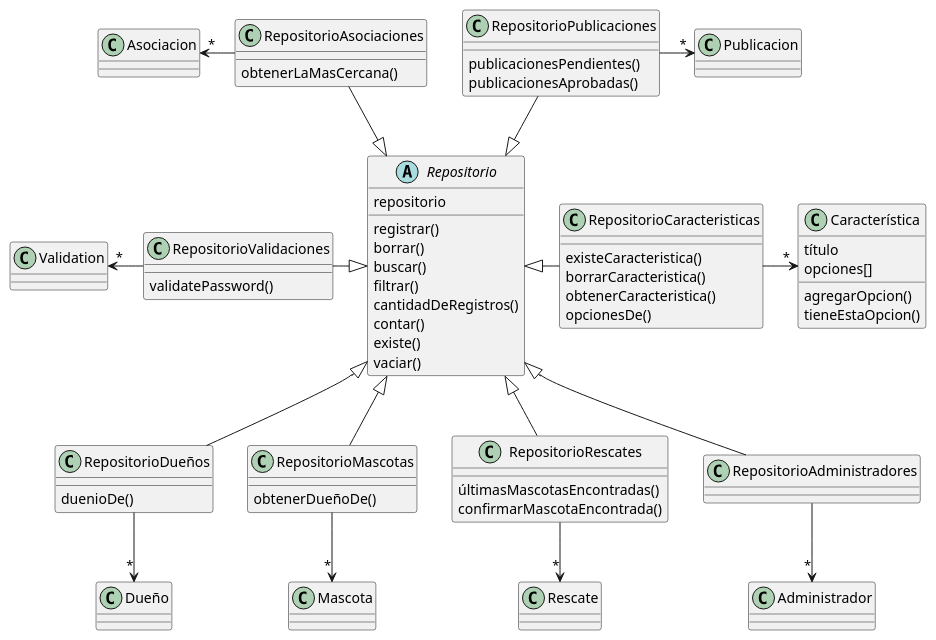
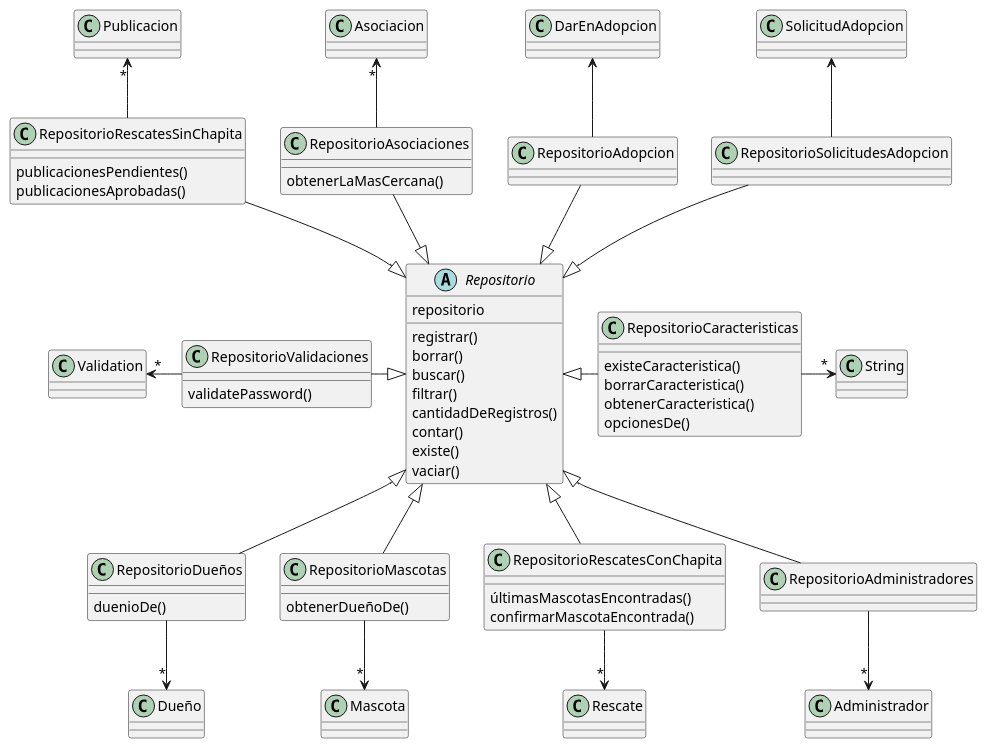
The diagram in diagramas/repositorios.plantuml (aleeherasimiuk/RescateDePatitas), drawn with PlantUML before and after one commit. The commit also changed 8 other files, not shown here.

```diff
--- a/diagramas/repositorios.plantuml
+++ b/diagramas/repositorios.plantuml
@@ -1,82 +1,83 @@
 @startuml rescateDePatitas
 
 abstract class Repositorio {
   repositorio
   registrar()
   borrar()
   buscar()
   filtrar()
   cantidadDeRegistros()
   contar()
   existe()
   vaciar()
   
 }
 
 class RepositorioDueños{
   duenioDe()
 }
 
 
 class RepositorioMascotas{
   obtenerDueñoDe()
 }
 
 
-class RepositorioRescates{
+class RepositorioRescatesConChapita{
   últimasMascotasEncontradas()
   confirmarMascotaEncontrada()
 }
 
 class RepositorioCaracteristicas{
   existeCaracteristica()
   borrarCaracteristica()
   obtenerCaracteristica()
   opcionesDe()
 }
 
 class RepositorioAdministradores{
 
 }
 
 class RepositorioValidaciones{
   validatePassword()
 }
 
 
-class RepositorioPublicaciones{
+class RepositorioRescatesSinChapita{
   publicacionesPendientes()
   publicacionesAprobadas()
 }
 
 
 class RepositorioAsociaciones{
   obtenerLaMasCercana()
 }
 
-class Característica{
-  título
-  opciones[]
-  agregarOpcion()
-  tieneEstaOpcion()
-}
 
-RepositorioAsociaciones     -l-> "*" Asociacion
-RepositorioPublicaciones      -> "*" Publicacion
-RepositorioDueños           -d-> "*" Dueño
-RepositorioMascotas         -d-> "*" Mascota
-RepositorioRescates         -d-> "*" Rescate
-RepositorioAdministradores  -d-> "*" Administrador
-RepositorioCaracteristicas  -r-> "*" Característica
-RepositorioValidaciones     -l-> "*" Validation
+class RepositorioAdopcion{}
+class RepositorioSolicitudesAdopcion{}
+
+RepositorioAsociaciones        -u-> "*" Asociacion
+RepositorioRescatesSinChapita  -u-> "*" Publicacion
+RepositorioDueños              -d-> "*" Dueño
+RepositorioMascotas            -d-> "*" Mascota
+RepositorioRescatesConChapita  -d-> "*" Rescate
+RepositorioAdministradores     -d-> "*" Administrador
+RepositorioCaracteristicas     -r-> "*" String
+RepositorioValidaciones        -l-> "*" Validation
+RepositorioAdopcion            -u-> DarEnAdopcion
+RepositorioSolicitudesAdopcion -u-> SolicitudAdopcion
 
 
-RepositorioAsociaciones    -d-|> Repositorio
-RepositorioPublicaciones   -d-|> Repositorio
-RepositorioValidaciones    -r-|> Repositorio
-RepositorioDueños          -u-|> Repositorio
-RepositorioRescates        -u-|> Repositorio
-RepositorioMascotas        -u-|> Repositorio
-RepositorioCaracteristicas -l-|> Repositorio
-RepositorioAdministradores -u-|> Repositorio
+RepositorioAsociaciones        -d-|> Repositorio
+RepositorioRescatesSinChapita  -d-|> Repositorio
+RepositorioValidaciones        -r-|> Repositorio
+RepositorioDueños              -u-|> Repositorio
+RepositorioRescatesConChapita  -u-|> Repositorio
+RepositorioMascotas            -u-|> Repositorio
+RepositorioCaracteristicas     -l-|> Repositorio
+RepositorioAdministradores     -u-|> Repositorio
+RepositorioAdopcion            --|> Repositorio
+RepositorioSolicitudesAdopcion --|> Repositorio
 @enduml
```
